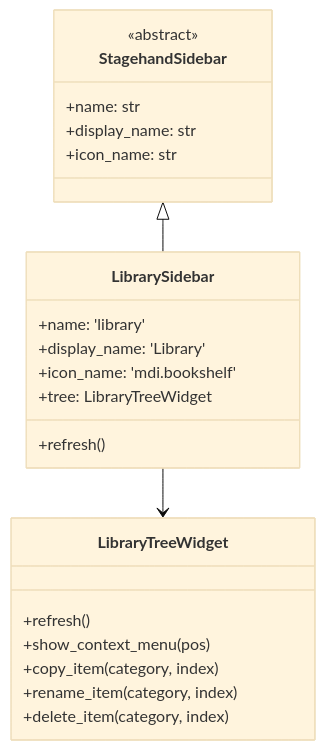
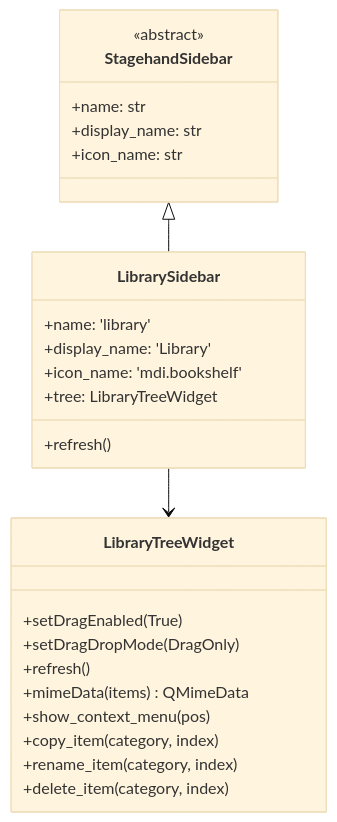
Before and after one commit to DaelonSuzuka/Stagehand: the diagram in lode/library/library.md, drawn with Mermaid (base theme). The commit also changed other lines of this file and 2 other files, not shown here.

Commit message:
Working on drag+drop

````diff
--- a/lode/library/library.md
+++ b/lode/library/library.md
@@ -71,28 +74,31 @@
 ```mermaid
 classDiagram
     class StagehandSidebar {
         <<abstract>>
         +name: str
         +display_name: str
         +icon_name: str
     }
     
     class LibrarySidebar {
         +name: 'library'
         +display_name: 'Library'
         +icon_name: 'mdi.bookshelf'
         +tree: LibraryTreeWidget
         +refresh()
     }
     
     class LibraryTreeWidget {
+        +setDragEnabled(True)
+        +setDragDropMode(DragOnly)
         +refresh()
+        +mimeData(items) QMimeData
         +show_context_menu(pos)
         +copy_item(category, index)
         +rename_item(category, index)
         +delete_item(category, index)
     }
     
     StagehandSidebar <|-- LibrarySidebar
     LibrarySidebar --> LibraryTreeWidget
 ```
````
